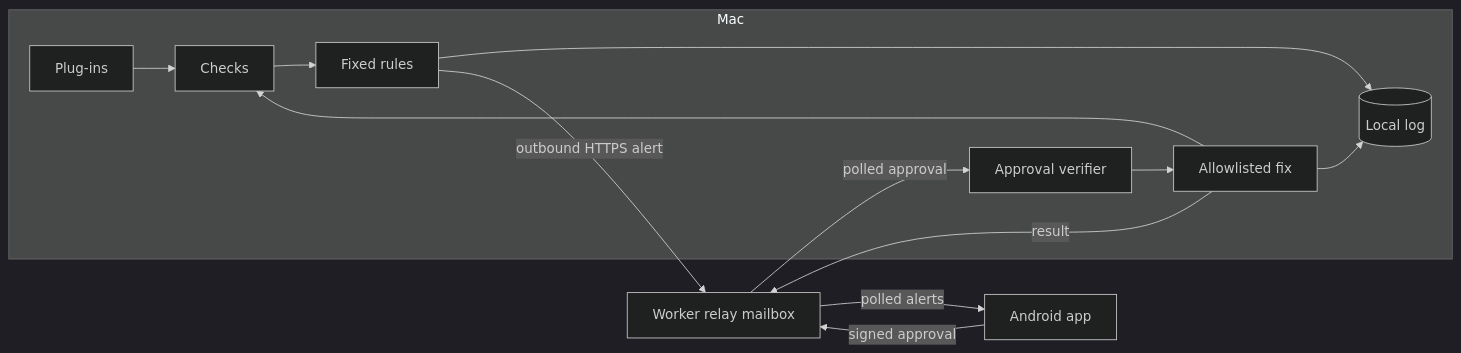
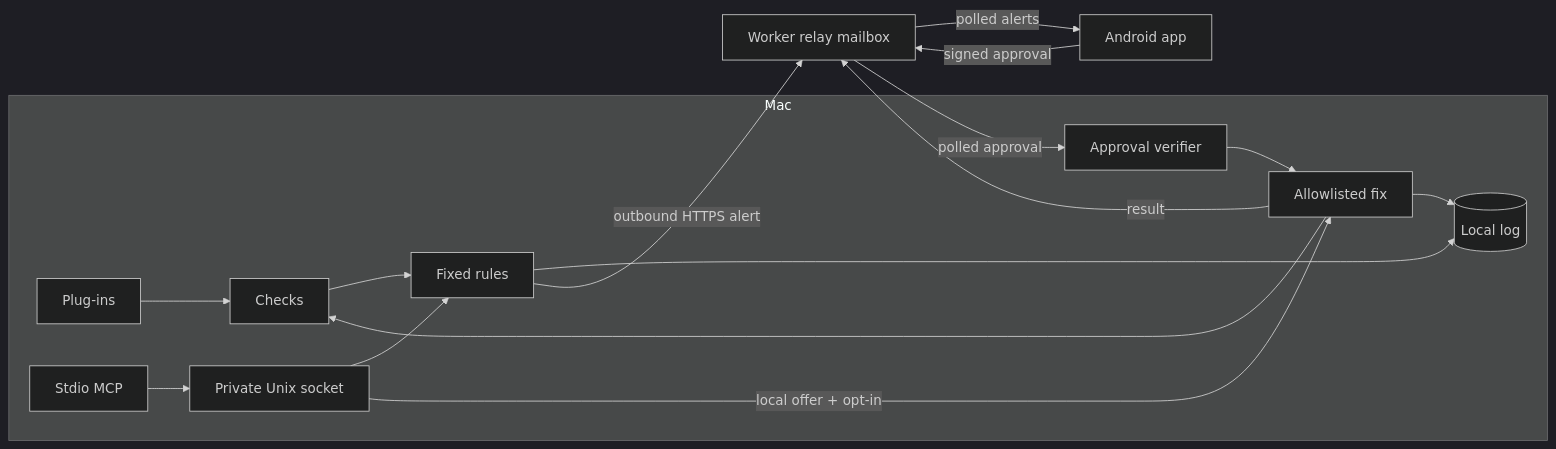
The diagram in README.md (ZeroCool0388/daemon-doctor), drawn with Mermaid (dark theme) before and after one commit. The commit also changed other lines of this file and 22 other files, not shown here.

Commit message:
Add local MCP tools, single-use fix offers and demo mode (#13)

````diff
--- a/README.md
+++ b/README.md
@@ -39,18 +50,21 @@
 ```mermaid
 flowchart LR
   subgraph Mac[Mac]
     P[Plug-ins] --> C[Checks]
     C --> R[Fixed rules]
     R --> L[(Local log)]
     V[Approval verifier] --> F[Allowlisted fix]
+    M[Stdio MCP] --> U[Private Unix socket]
+    U --> R
+    U -- local offer + opt-in --> F
     F --> C
     F --> L
   end
   W[Worker relay mailbox]
   Ph[Android app]
   R -- outbound HTTPS alert --> W
   Ph -- signed approval --> W
   W -- polled approval --> V
   F -- result --> W
   W -- polled alerts --> Ph
 ```
````
